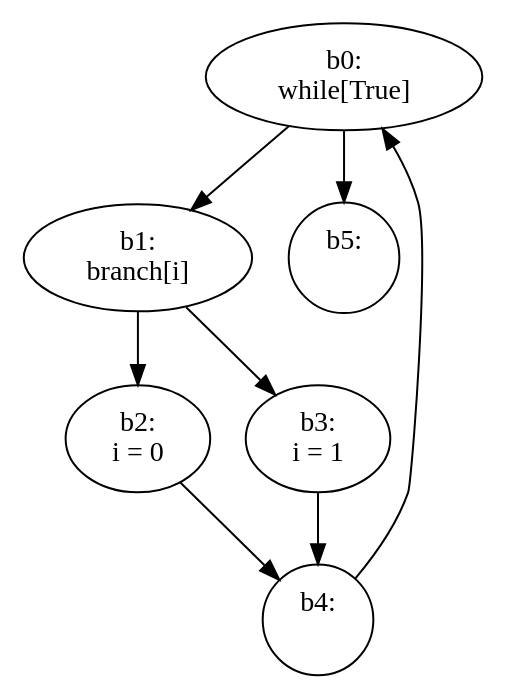
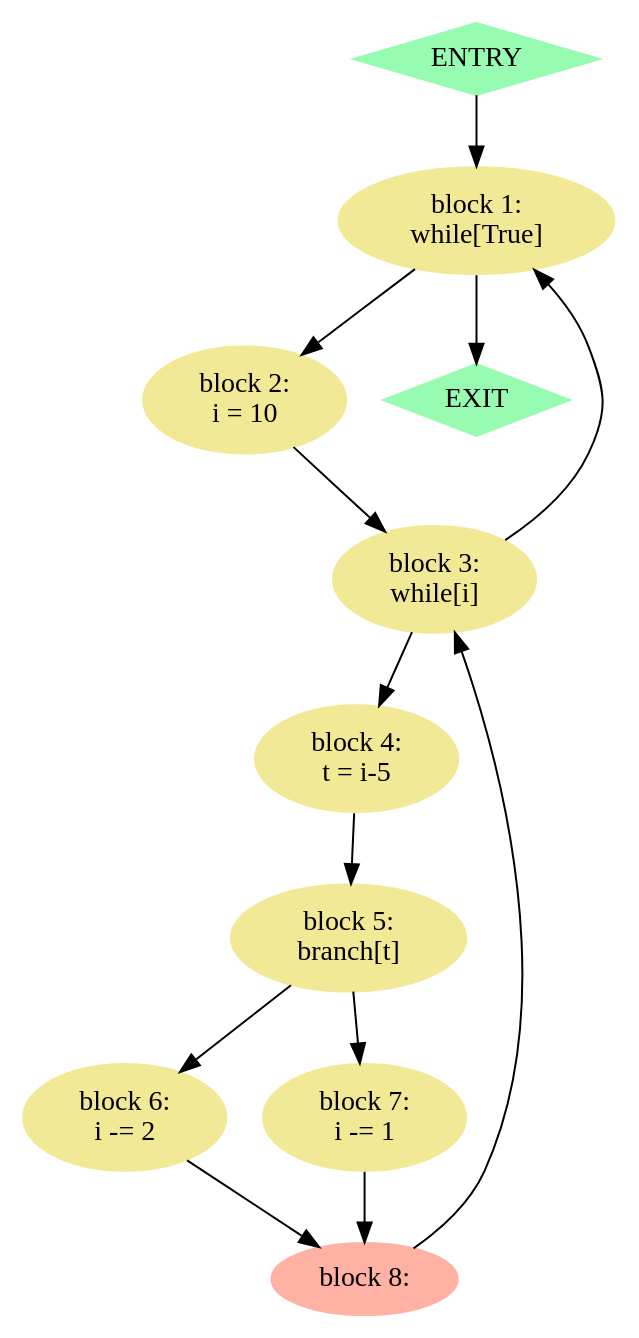
One commit to joelsunny/program-analysis changed the diagram in asttocfg/temp/mixed_while_if_test.gv. Above: the diagram before and after it, drawn with Graphviz. The commit also changed 21 other files, not shown here.

Commit message:
cfg visualisation using graphviz

```diff
--- a/asttocfg/temp/mixed_while_if_test.gv
+++ b/asttocfg/temp/mixed_while_if_test.gv
@@ -1,28 +1,46 @@
 // CFG
 digraph {
-	0 [label="b0:
-while[True]
+	node [color="#97fcb2" shape=diamond style=filled]
+	0 [label=ENTRY]
+	node [color="#f2e996" shape=ellipse style=filled]
+	1 [label="block 1:
+while[True]"]
+	node [color="#f2e996" shape=ellipse style=filled]
+	2 [label="block 2:
+i = 10"]
+	node [color="#f2e996" shape=ellipse style=filled]
+	3 [label="block 3:
+while[i]"]
+	node [color="#f2e996" shape=ellipse style=filled]
+	4 [label="block 4:
+t = i-5"]
+	node [color="#f2e996" shape=ellipse style=filled]
+	5 [label="block 5:
+branch[t]"]
+	node [color="#f2e996" shape=ellipse style=filled]
+	6 [label="block 6:
+i -= 2"]
+	node [color="#f2e996" shape=ellipse style=filled]
+	7 [label="block 7:
+i -= 1"]
+	node [color="#f2e996" shape=ellipse style=filled]
+	node [color="#ffb1a3" shape=ellipse style=filled]
+	8 [label="block 8:
 "]
-	1 [label="b1:
-branch[i]
-"]
-	2 [label="b2:
-i = 0
-"]
-	3 [label="b3:
-i = 1
-"]
-	4 [label="b4:
-
-"]
-	5 [label="b5:
-
-"]
+	node [color="#f2e996" shape=ellipse style=filled]
+	node [color="#97fcb2" shape=diamond style=filled]
+	10 [label=EXIT]
+	node [color="#f2e996" shape=ellipse style=filled]
 	0 -> 1
-	0 -> 5
 	1 -> 2
-	1 -> 3
-	2 -> 4
+	1 -> 10
+	2 -> 3
 	3 -> 4
-	4 -> 0
+	3 -> 1
+	4 -> 5
+	5 -> 6
+	5 -> 7
+	6 -> 8
+	7 -> 8
+	8 -> 3
 }
```
